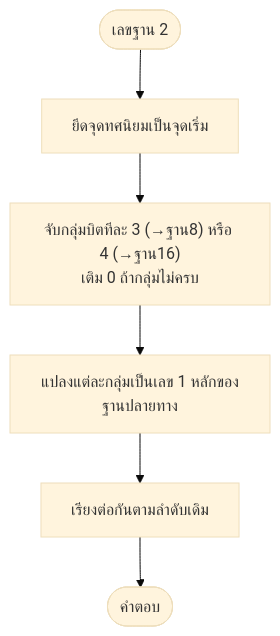
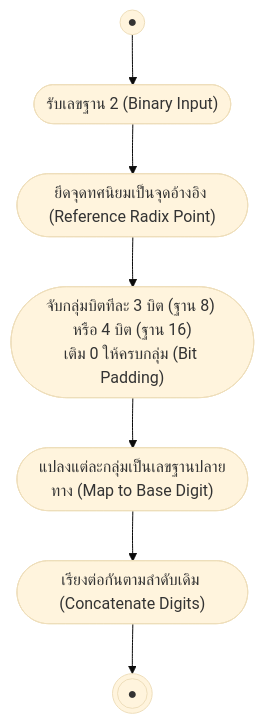
The third of 3 diagrams in 01_Lectures/Week1/Base-Conversion.md (PhuriphatTyPeZ3r0/Course-1322201-Digital-Logic-Design-2026), drawn with Mermaid (base theme) before and after one commit. The commit also changed other lines of this file and 18 other files, not shown here.

Commit message:
refactor: standardize diagrams to UML specifications across notes and templates

````diff
--- a/01_Lectures/Week1/Base-Conversion.md
+++ b/01_Lectures/Week1/Base-Conversion.md
@@ -89,8 +90,9 @@
 ```mermaid
 flowchart TD
-    B(["เลขฐาน 2"]) --> Point["ยึดจุดทศนิยมเป็นจุดเริ่ม"]
-    Point --> Group["จับกลุ่มบิตทีละ 3 (→ฐาน8) หรือ 4 (→ฐาน16)<br/>เติม 0 ถ้ากลุ่มไม่ครบ"]
-    Group --> Conv["แปลงแต่ละกลุ่มเป็นเลข 1 หลักของฐานปลายทาง"]
-    Conv --> Join["เรียงต่อกันตามลำดับเดิม"]
-    Join --> End(["คำตอบ"])
+    Start((●)) --> Input(["รับเลขฐาน 2 (Binary Input)"])
+    Input --> Point(["ยึดจุดทศนิยมเป็นจุดอ้างอิง (Reference Radix Point)"])
+    Point --> Group(["จับกลุ่มบิตทีละ 3 บิต (ฐาน 8) หรือ 4 บิต (ฐาน 16)<br/>เติม 0 ให้ครบกลุ่ม (Bit Padding)"])
+    Group --> Conv(["แปลงแต่ละกลุ่มเป็นเลขฐานปลายทาง (Map to Base Digit)"])
+    Conv --> Join(["เรียงต่อกันตามลำดับเดิม (Concatenate Digits)"])
+    Join --> Stop(((●)))
 ```
````
